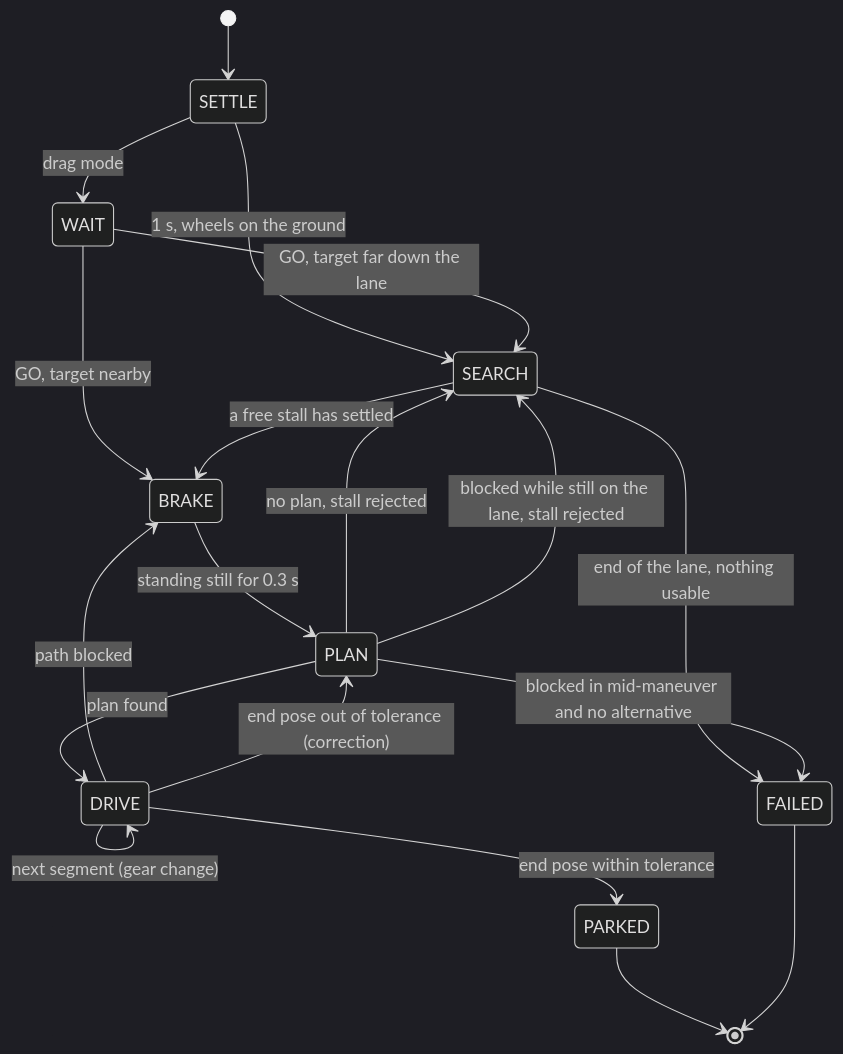
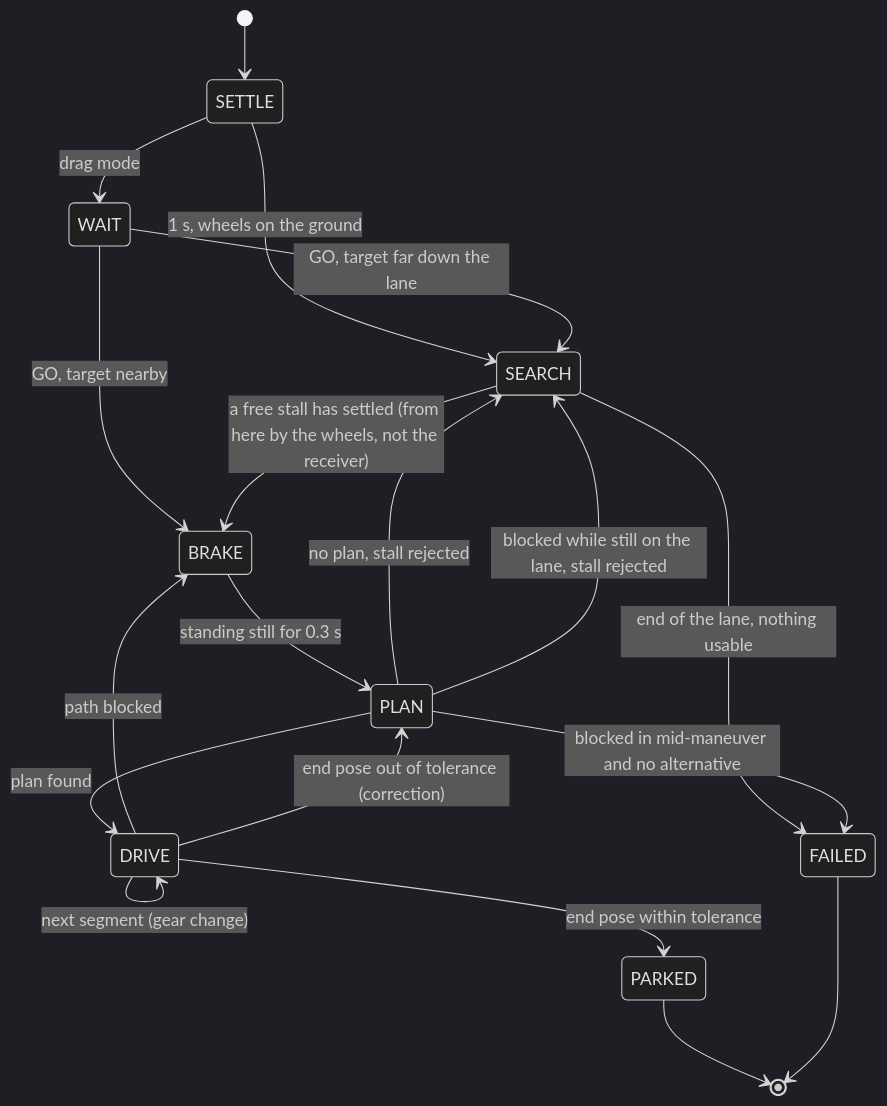
Before and after one commit to ksha23/chrono-parking: the second of 2 diagrams in docs/architecture.md, drawn with Mermaid (dark theme). The commit also changed other lines of this file and 12 other files, not shown here.

````diff
--- a/docs/architecture.md
+++ b/docs/architecture.md
@@ -86,21 +86,21 @@
 ```mermaid
 stateDiagram-v2
     [*] --> SETTLE
     SETTLE --> SEARCH: 1 s, wheels on the ground
     SETTLE --> WAIT: drag mode
     WAIT --> SEARCH: GO, target far down the lane
     WAIT --> BRAKE: GO, target nearby
-    SEARCH --> BRAKE: a free stall has settled
+    SEARCH --> BRAKE: a free stall has settled (from here by the wheels, not the receiver)
     SEARCH --> FAILED: end of the lane, nothing usable
     BRAKE --> PLAN: standing still for 0.3 s
     PLAN --> DRIVE: plan found
     PLAN --> SEARCH: no plan, stall rejected
     PLAN --> SEARCH: blocked while still on the lane, stall rejected
     PLAN --> FAILED: blocked in mid-maneuver and no alternative
     DRIVE --> DRIVE: next segment (gear change)
     DRIVE --> BRAKE: path blocked
     DRIVE --> PLAN: end pose out of tolerance (correction)
     DRIVE --> PARKED: end pose within tolerance
     PARKED --> [*]
     FAILED --> [*]
 ```
````
